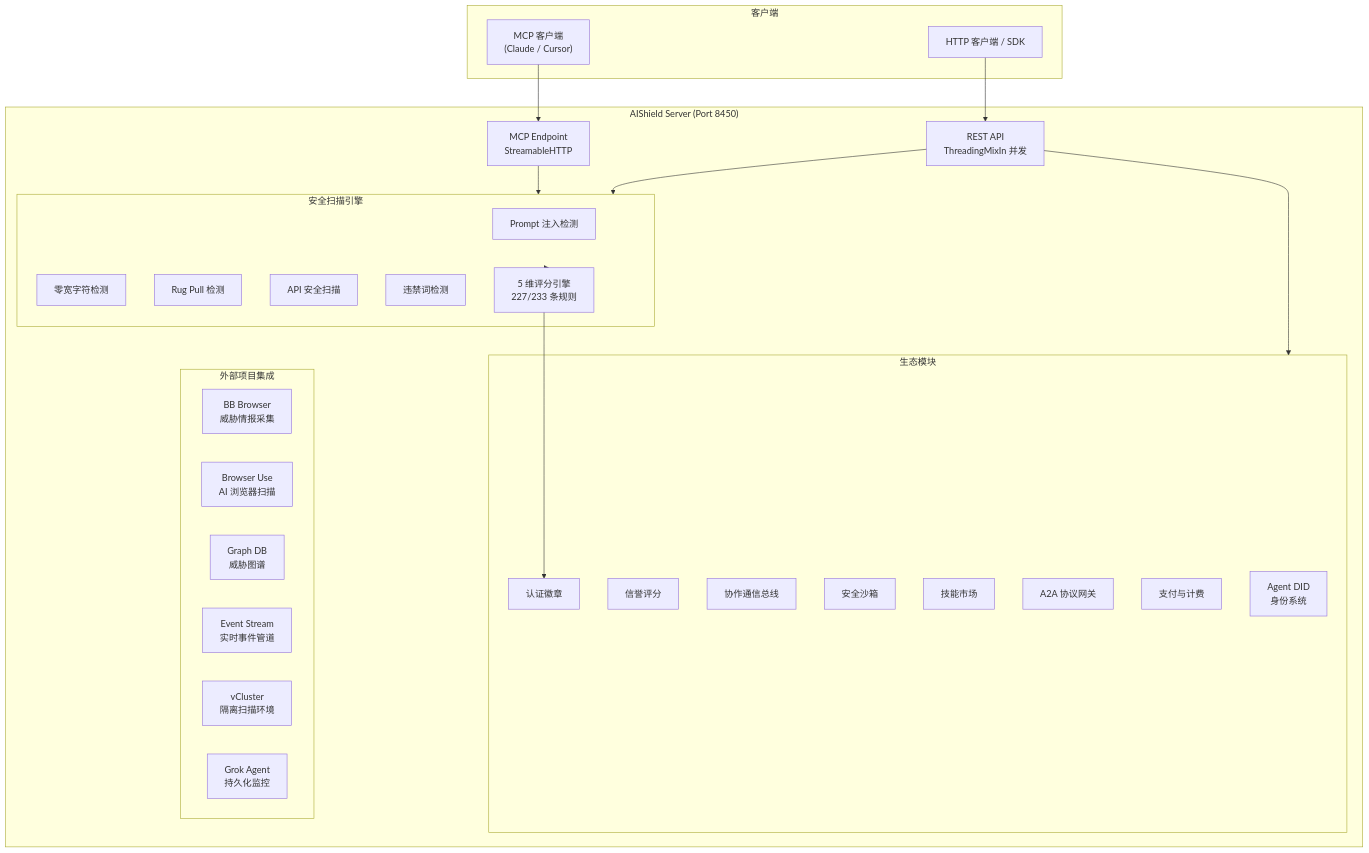
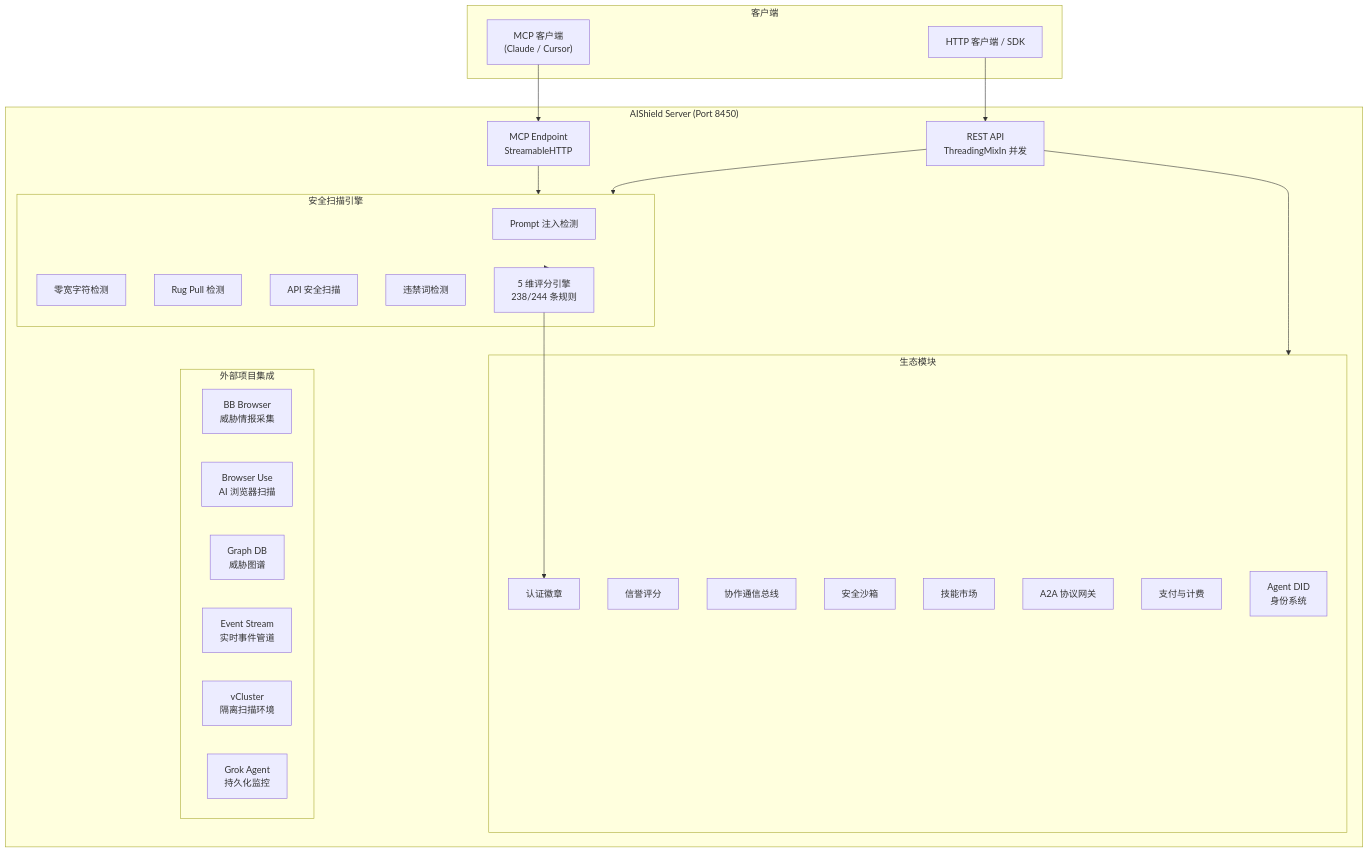
One commit to actions-marketplace-validations/lm203688_aishield changed the diagram in README.md. Above: the diagram before and after it, drawn with Mermaid. The commit also changed other lines of this file and 44 other files, not shown here.

````diff
--- a/README.md
+++ b/README.md
@@ -289,49 +289,49 @@
 ```mermaid
 graph TB
     subgraph Clients["客户端"]
         MCP["MCP 客户端<br/>(Claude / Cursor)"]
         SDK["HTTP 客户端 / SDK"]
     end
 
     subgraph Server["AIShield Server (Port 8450)"]
         API["REST API<br/>ThreadingMixIn 并发"]
         MCPE["MCP Endpoint<br/>StreamableHTTP"]
 
         subgraph Scanner["安全扫描引擎"]
             PE["Prompt 注入检测"]
             MW["零宽字符检测"]
             RP["Rug Pull 检测"]
             AS["API 安全扫描"]
             BW["违禁词检测"]
-            SC["5 维评分引擎<br/>227/233 条规则"]
+            SC["5 维评分引擎<br/>238/244 条规则"]
         end
 
         subgraph Eco["生态模块"]
             ID["Agent DID<br/>身份系统"]
             RP2["信誉评分"]
             CO["协作通信总线"]
             SB["安全沙箱"]
             MK["技能市场"]
             A2A["A2A 协议网关"]
             PAY["支付与计费"]
             BD["认证徽章"]
         end
 
         subgraph Integrations["外部项目集成"]
             BB["BB Browser<br/>威胁情报采集"]
             BU["Browser Use<br/>AI 浏览器扫描"]
             GDB["Graph DB<br/>威胁图谱"]
             ES["Event Stream<br/>实时事件管道"]
             VC["vCluster<br/>隔离扫描环境"]
             GA["Grok Agent<br/>持久化监控"]
         end
     end
 
     MCP --> MCPE
     SDK --> API
     MCPE --> Scanner
     API --> Scanner
     API --> Eco
     Scanner --> SC
     SC --> BD
 ```
````
